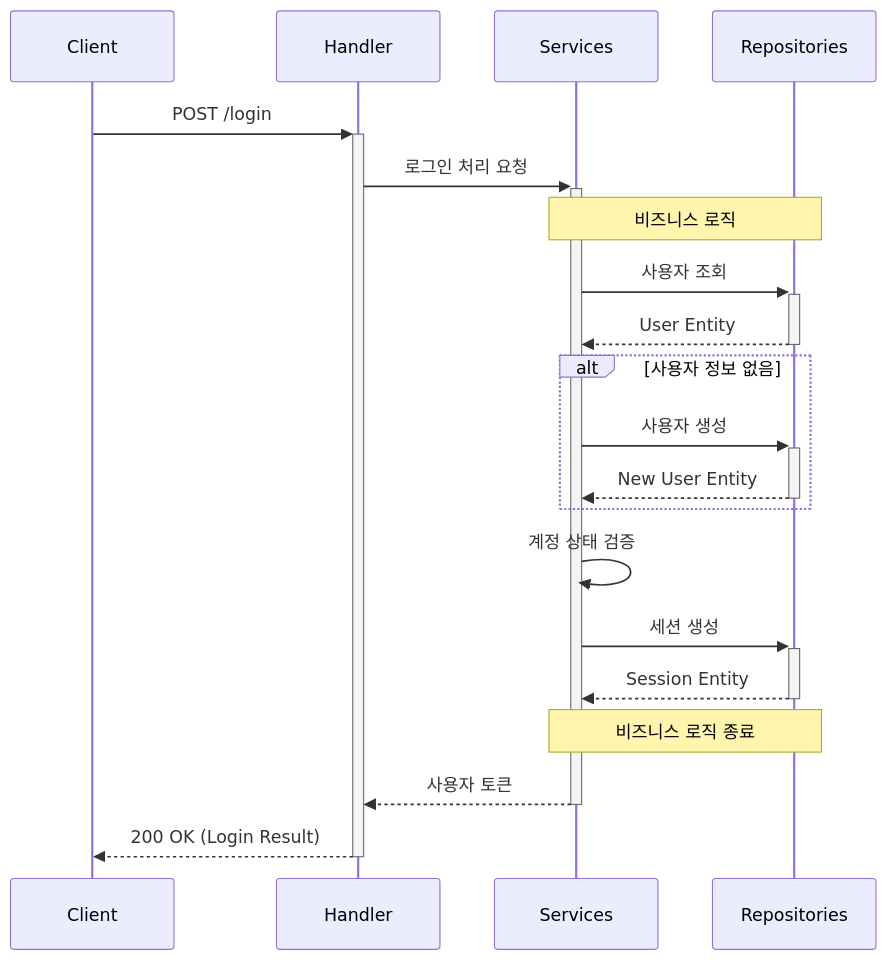
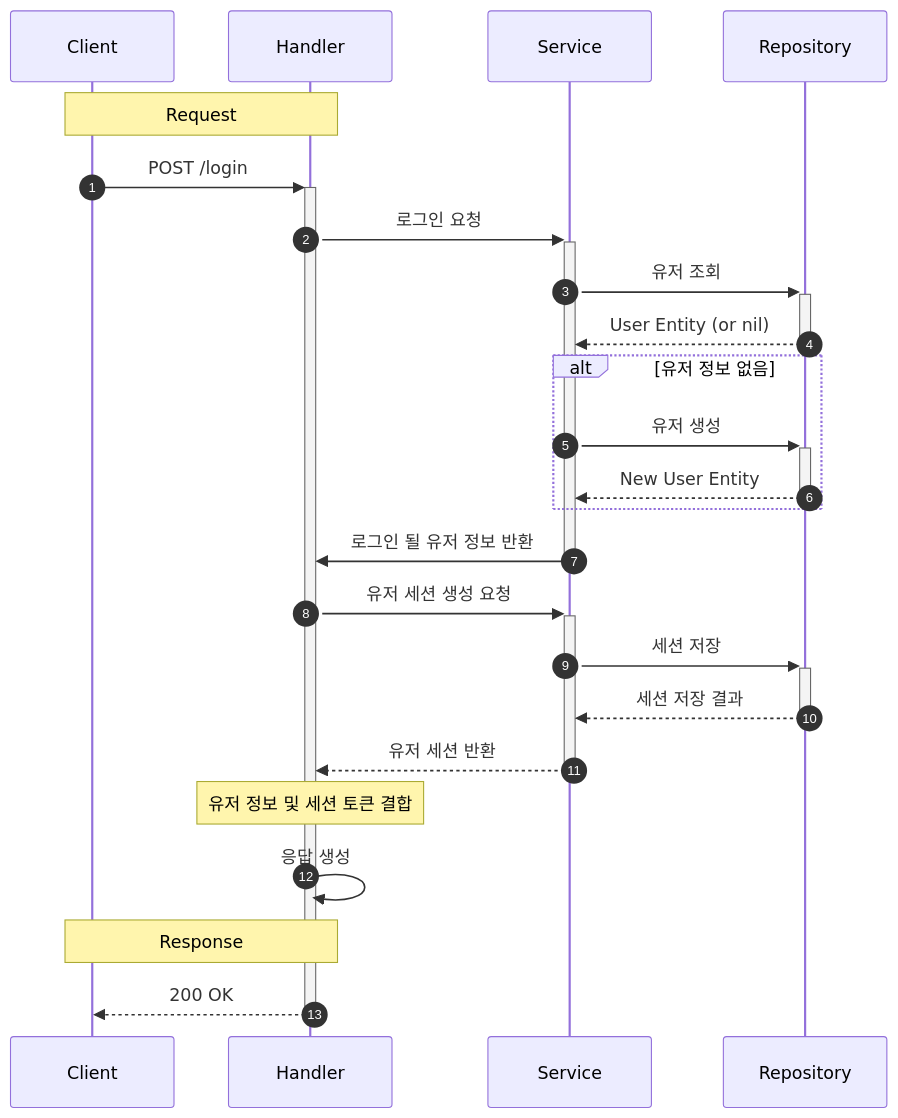
One commit to cmd3689/MScannot206Server changed the second of 2 diagrams in document/architecture/auth_flow.md. Above: the diagram before and after it, drawn with Mermaid. The commit also changed other lines of this file and 2 other files, not shown here.

Commit message:
로그인/인증 플로우 수정, 유저 캐릭터 관리 플로우 추가

````diff
--- a/document/architecture/auth_flow.md
+++ b/document/architecture/auth_flow.md
@@ -9,29 +35,33 @@
 ```mermaid
 sequenceDiagram
+    autonumber
     participant C as Client
     participant H as Handler
-    participant S as Services
-    participant R as Repositories
+    participant S as Service
+    participant R as Repository
     
+    Note over C, H: Request
     C->>+H: POST /login
-    H->>+S: 로그인 처리 요청
+    H->>+S: 로그인 요청
+
+    S->>+R: 유저 조회
+    R-->>-S: User Entity (or nil)
     
-    %% 비즈니스 로직 시작을 알리는 노트
-    note over S, R: 비즈니스 로직
-    
-    S->>+R: 사용자 조회
-    R-->>-S: User Entity
-    
-    alt 사용자 정보 없음
-        S->>+R: 사용자 생성
+    alt 유저 정보 없음
+        S->>+R: 유저 생성
         R-->>-S: New User Entity
     end
-    S->>S: 계정 상태 검증
-    S->>+R: 세션 생성
-    R-->>-S: Session Entity
-    %% 비즈니스 로직 종료를 알리는 노트
-    note over S, R: 비즈니스 로직 종료
+
+    S->>-H: 로그인 될 유저 정보 반환
+    H->>+S: 유저 세션 생성 요청
+
+    S->>+R: 세션 저장
+    R-->>-S: 세션 저장 결과
+
+    S-->>-H: 유저 세션 반환
+    Note over H: 유저 정보 및 세션 토큰 결합
+    H->>H: 응답 생성
     
-    S-->>-H: 사용자 토큰
-    H-->>-C: 200 OK (Login Result)
+    Note over H, C: Response
+    H-->>-C: 200 OK
 ```
````
